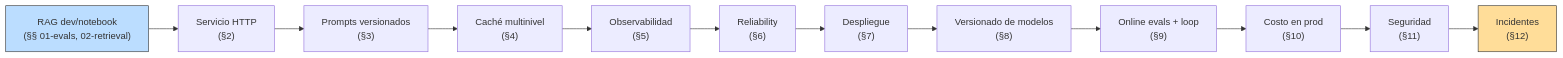
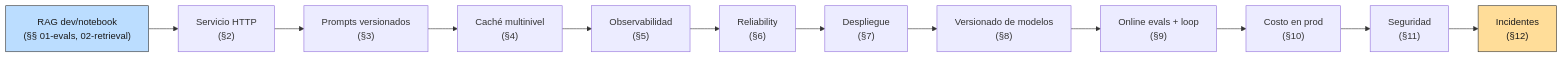
Before and after one commit to Alonsomar/estudio-personal: the first of 2 diagrams in 03-produccion/theory/00-plan.md, drawn with Mermaid. The commit also changed other lines of this file and 20 other files, not shown here.

First line of the commit message:
fix(docs): texto oscuro en nodos Mermaid para legibilidad en modo oscuro

````diff
--- a/03-produccion/theory/00-plan.md
+++ b/03-produccion/theory/00-plan.md
@@ -30,17 +30,17 @@
 ```mermaid
 graph LR
     DEV["RAG dev/notebook<br/>(§§ 01-evals, 02-retrieval)"] --> S["Servicio HTTP<br/>(§2)"]
     S --> P["Prompts versionados<br/>(§3)"]
     P --> C["Caché multinivel<br/>(§4)"]
     C --> O["Observabilidad<br/>(§5)"]
     O --> R["Reliability<br/>(§6)"]
     R --> D["Despliegue<br/>(§7)"]
     D --> V["Versionado de modelos<br/>(§8)"]
     V --> ONL["Online evals + loop<br/>(§9)"]
     ONL --> COST["Costo en prod<br/>(§10)"]
     COST --> SEC["Seguridad<br/>(§11)"]
     SEC --> INC["Incidentes<br/>(§12)"]
 
-    style DEV fill:#bdf,stroke:#333
-    style INC fill:#fd9,stroke:#333
+    style DEV fill:#bdf,stroke:#333,color:#1a1a1a
+    style INC fill:#fd9,stroke:#333,color:#1a1a1a
 ```
````
